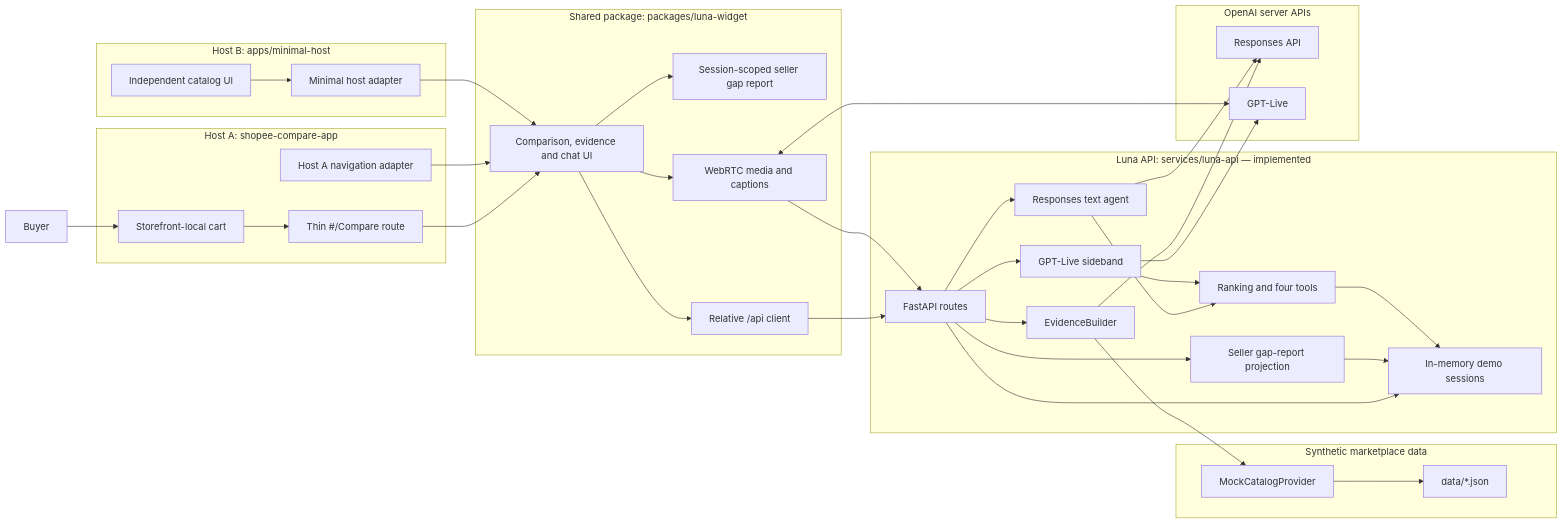
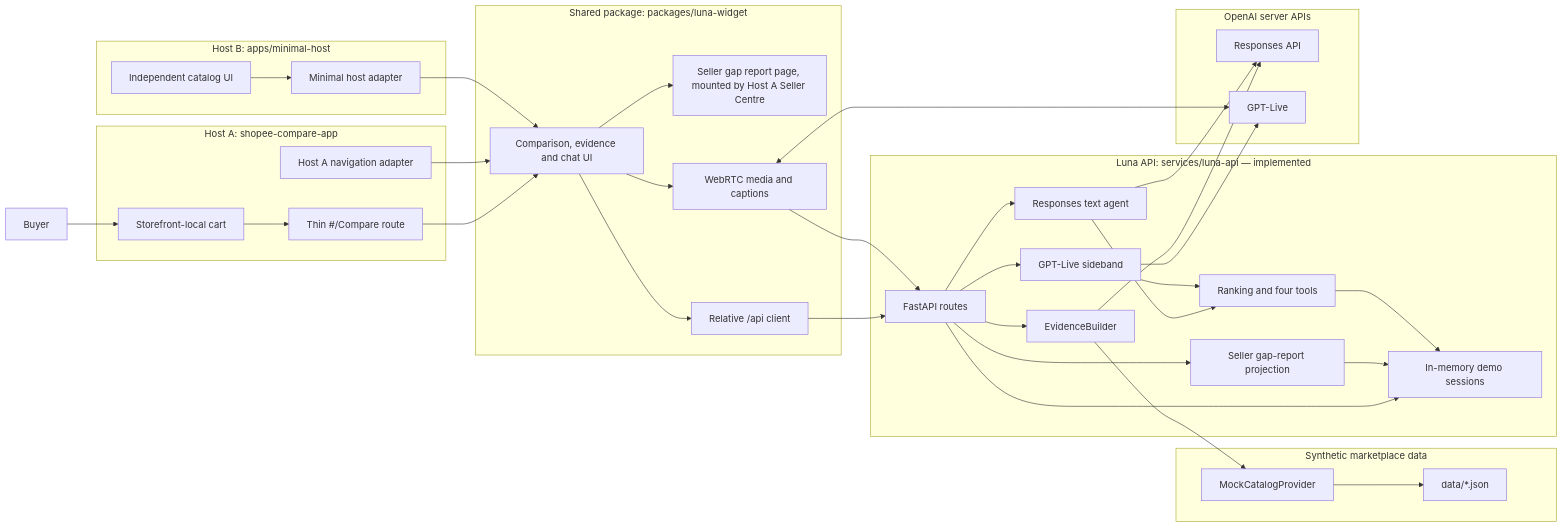
One commit to jaxwong/decodex changed the first of 8 diagrams in docs/architecture.md. Above: the diagram before and after it, drawn with Mermaid. The commit also changed other lines of this file and 24 other files, not shown here.

First line of the commit message:
feat(seller): move seller insights to Seller Centre across all buyers

````diff
--- a/docs/architecture.md
+++ b/docs/architecture.md
@@ -41,64 +41,64 @@
 ```mermaid
 flowchart LR
     Buyer[Buyer]
 
     subgraph HostA["Host A: shopee-compare-app"]
         Cart[Storefront-local cart]
         HostARoute[Thin #/Compare route]
         HostAAdapter[Host A navigation adapter]
     end
 
     subgraph HostB["Host B: apps/minimal-host"]
         MinimalCatalog[Independent catalog UI]
         MinimalAdapter[Minimal host adapter]
     end
 
     subgraph Widget["Shared package: packages/luna-widget"]
         LunaWidget[Comparison, evidence and chat UI]
-        SellerView[Session-scoped seller gap report]
+        SellerView[Seller gap report page, mounted by Host A Seller Centre]
         LunaClient[Relative /api client]
         LiveControls[WebRTC media and captions]
     end
 
     subgraph LunaAPI["Luna API: services/luna-api — implemented"]
         Routes[FastAPI routes]
         SessionStore[In-memory demo sessions]
         EvidenceBuilder[EvidenceBuilder]
         Decision[Ranking and four tools]
         GapReport[Seller gap-report projection]
         TextAgent[Responses text agent]
         LiveAgent[GPT-Live sideband]
     end
 
     subgraph Data["Synthetic marketplace data"]
         MockProvider[MockCatalogProvider]
         Fixtures[data/*.json]
     end
 
     subgraph OpenAI["OpenAI server APIs"]
         Responses[Responses API]
         Live[GPT-Live]
     end
 
     Buyer --> Cart --> HostARoute --> LunaWidget
     HostAAdapter --> LunaWidget
     MinimalCatalog --> MinimalAdapter --> LunaWidget
 
     LunaWidget --> LunaClient --> Routes
     LunaWidget --> SellerView
     LunaWidget --> LiveControls
     LiveControls --> Routes
     LiveControls <--> Live
 
     Routes --> SessionStore
     Routes --> EvidenceBuilder
     Routes --> TextAgent
     Routes --> LiveAgent
     Routes --> GapReport --> SessionStore
     EvidenceBuilder --> MockProvider --> Fixtures
     EvidenceBuilder --> Responses
     TextAgent --> Responses
     TextAgent --> Decision --> SessionStore
     LiveAgent --> Live
     LiveAgent --> Decision
 ```
````
